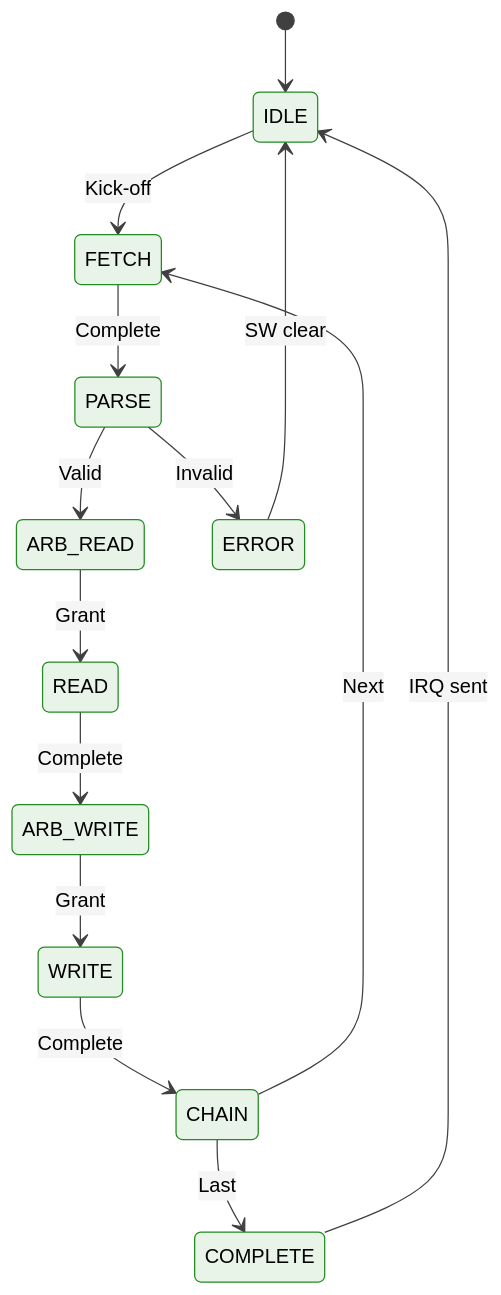
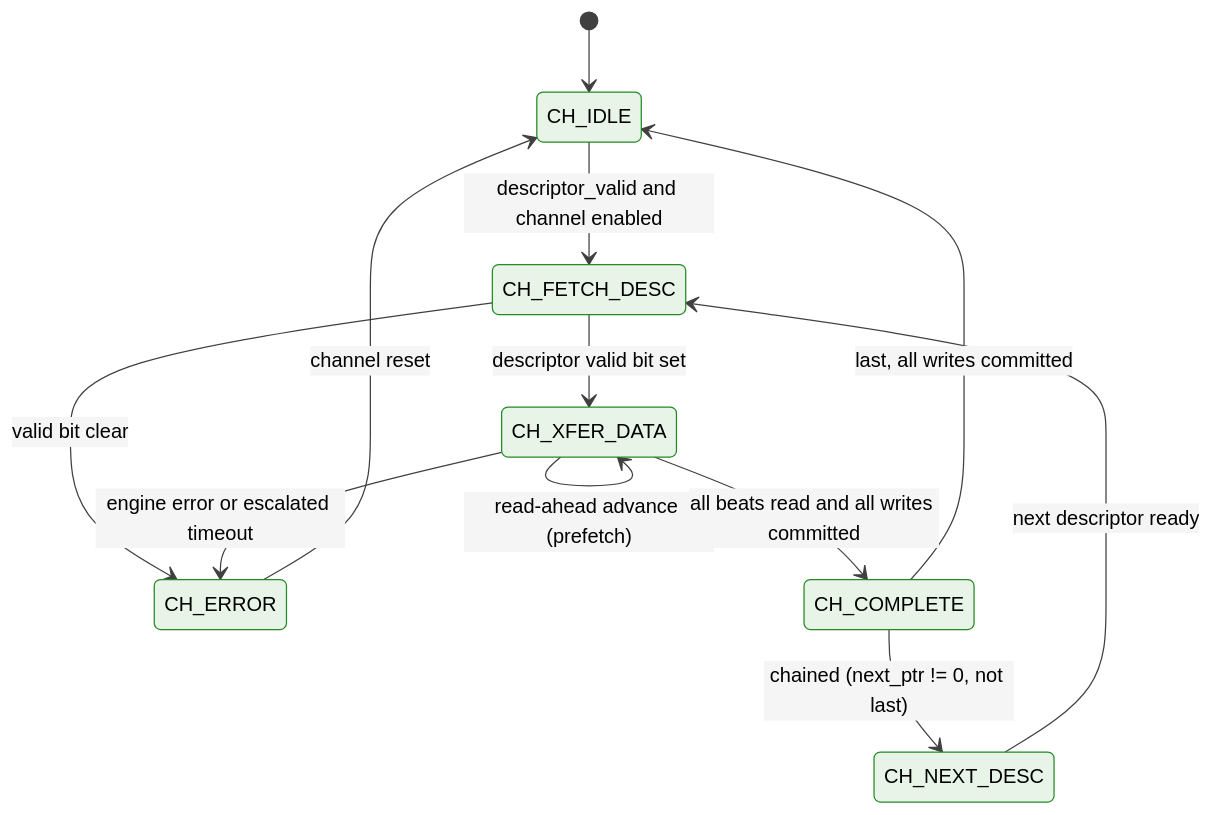
One commit to sean-galloway/RTLDesignSherpa changed the diagram in projects/components/dma-ip/stream/docs/stream_has/assets/mermaid/05_channel_fsm.mmd. Above: the diagram before and after it, drawn with Mermaid. The commit also changed 49 other files, not shown here.

First line of the commit message:
docs(stream): HAS v0.96 / MAS v0.98 -- shared descriptor engine, 16 channels, RTL fixes

```diff
--- a/projects/components/dma-ip/stream/docs/stream_has/assets/mermaid/05_channel_fsm.mmd
+++ b/projects/components/dma-ip/stream/docs/stream_has/assets/mermaid/05_channel_fsm.mmd
@@ -1,15 +1,13 @@
 %%{init: {'theme': 'base', 'themeVariables': { 'primaryColor': '#e8f4e8', 'primaryTextColor': '#000', 'primaryBorderColor': '#228B22', 'lineColor': '#404040', 'secondaryColor': '#f5f5f5', 'tertiaryColor': '#fff'}}}%%
 stateDiagram-v2
-    [*] --> IDLE
-    IDLE --> FETCH: Kick-off
-    FETCH --> PARSE: Complete
-    PARSE --> ARB_READ: Valid
-    PARSE --> ERROR: Invalid
-    ARB_READ --> READ: Grant
-    READ --> ARB_WRITE: Complete
-    ARB_WRITE --> WRITE: Grant
-    WRITE --> CHAIN: Complete
-    CHAIN --> FETCH: Next
-    CHAIN --> COMPLETE: Last
-    COMPLETE --> IDLE: IRQ sent
-    ERROR --> IDLE: SW clear
+    [*] --> CH_IDLE
+    CH_IDLE --> CH_FETCH_DESC: descriptor_valid and channel enabled
+    CH_FETCH_DESC --> CH_XFER_DATA: descriptor valid bit set
+    CH_FETCH_DESC --> CH_ERROR: valid bit clear
+    CH_XFER_DATA --> CH_XFER_DATA: read-ahead advance (prefetch)
+    CH_XFER_DATA --> CH_COMPLETE: all beats read and all writes committed
+    CH_COMPLETE --> CH_NEXT_DESC: chained (next_ptr != 0, not last)
+    CH_COMPLETE --> CH_IDLE: last, all writes committed
+    CH_NEXT_DESC --> CH_FETCH_DESC: next descriptor ready
+    CH_XFER_DATA --> CH_ERROR: engine error or escalated timeout
+    CH_ERROR --> CH_IDLE: channel reset
```
